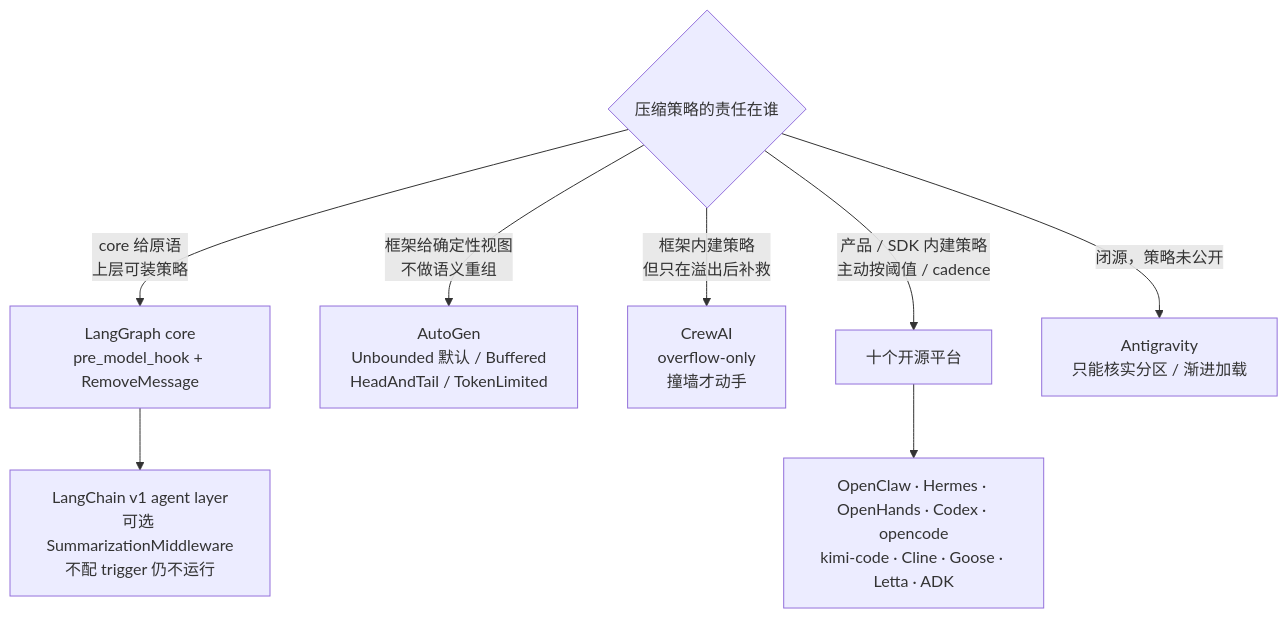
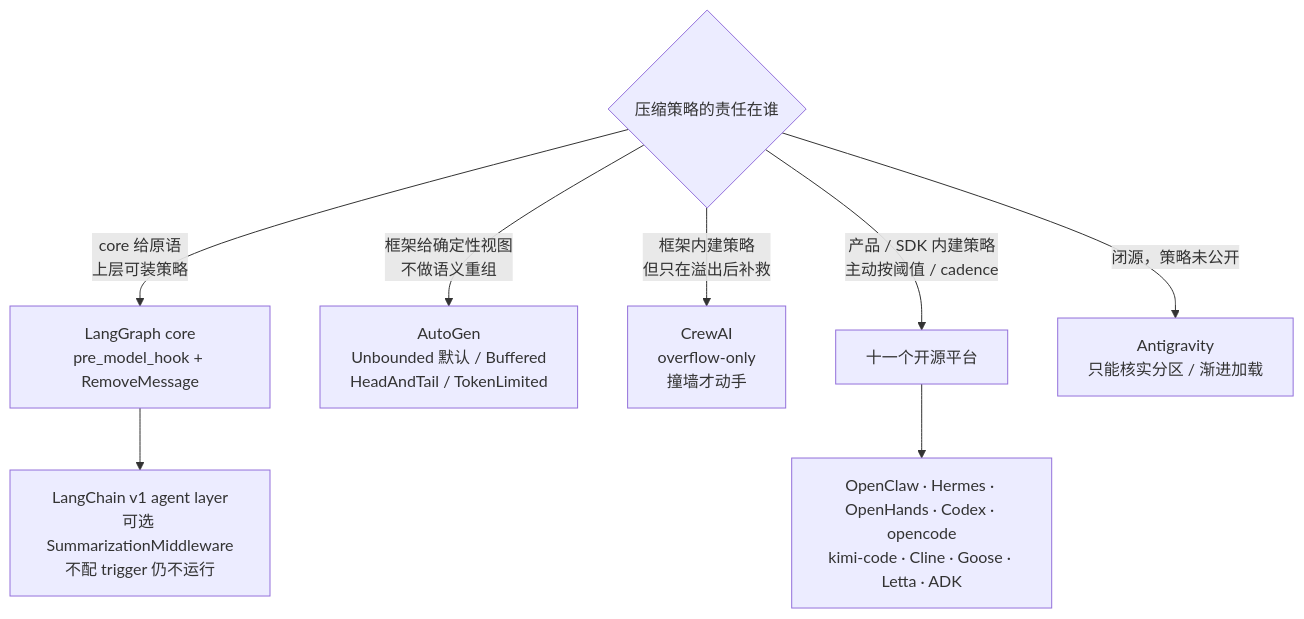
One commit to caiboyang/ML-learning changed diagram 17 of 19 in agent-context-compression/Agent_Context_Compression_Research.md. Above: the diagram before and after it, drawn with Mermaid. The commit also changed other lines of this file and 2 other files, not shown here.

````diff
--- a/agent-context-compression/Agent_Context_Compression_Research.md
+++ b/agent-context-compression/Agent_Context_Compression_Research.md
@@ -2597,11 +2973,11 @@
 ```mermaid
 flowchart TD
     Q{"压缩策略的责任在谁"}
     Q -->|"core 给原语<br/>上层可装策略"| A["LangGraph core<br/>pre_model_hook + RemoveMessage"]
     A --> A1["LangChain v1 agent layer<br/>可选 SummarizationMiddleware<br/>不配 trigger 仍不运行"]
     Q -->|"框架给确定性视图<br/>不做语义重组"| B["AutoGen<br/>Unbounded 默认 / Buffered<br/>HeadAndTail / TokenLimited"]
     Q -->|"框架内建策略<br/>但只在溢出后补救"| D["CrewAI<br/>overflow-only<br/>撞墙才动手"]
-    Q -->|"产品 / SDK 内建策略<br/>主动按阈值 / cadence"| C["十个开源平台"]
+    Q -->|"产品 / SDK 内建策略<br/>主动按阈值 / cadence"| C["十一个开源平台"]
     Q -->|"闭源，策略未公开"| E["Antigravity<br/>只能核实分区 / 渐进加载"]
     C --> C2["OpenClaw · Hermes · OpenHands · Codex · opencode<br/>kimi-code · Cline · Goose · Letta · ADK"]
 ```
````
